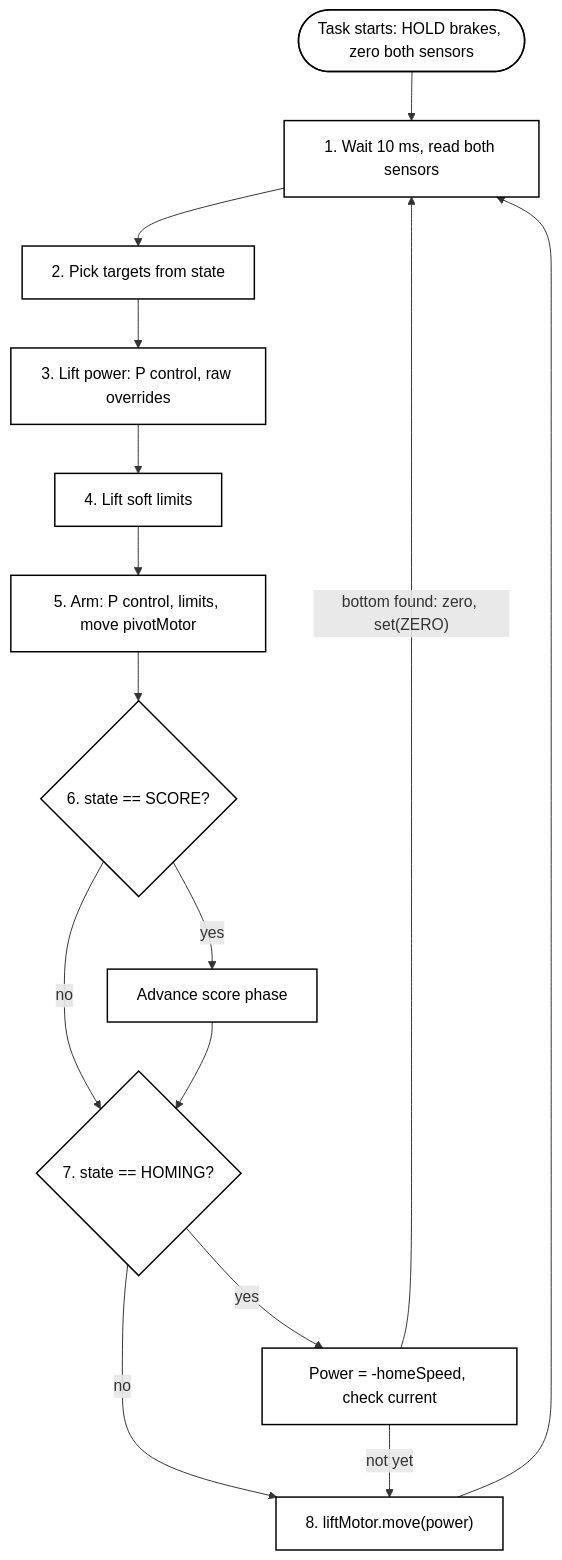
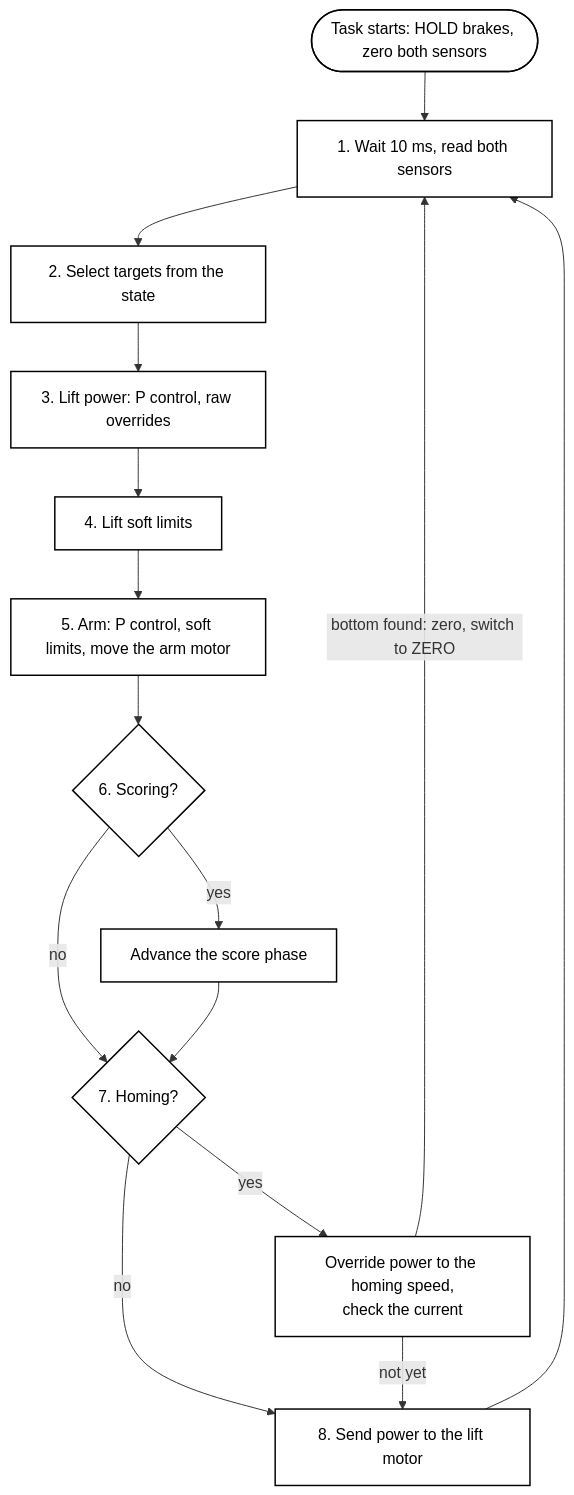
One commit to 917X/917x-2027 changed the fourth of 4 diagrams in docs/917x/Home/Robot 1/Prog - 1/Subsystems/Lift Notebook Pages.md. Above: the diagram before and after it, drawn with Mermaid. The commit also changed other lines of this file, not shown here.

````diff
--- a/docs/917x/Home/Robot 1/Prog - 1/Subsystems/Lift Notebook Pages.md
+++ b/docs/917x/Home/Robot 1/Prog - 1/Subsystems/Lift Notebook Pages.md
@@ -675,20 +652,20 @@
 ```mermaid
 flowchart TD
     I(["Task starts: HOLD brakes, zero both sensors"]) --> W
-    W["1. Wait 10 ms, read both sensors"] --> T["2. Pick targets from state"]
+    W["1. Wait 10 ms, read both sensors"] --> T["2. Select targets from the state"]
     T --> P["3. Lift power: P control, raw overrides"]
     P --> L["4. Lift soft limits"]
-    L --> A["5. Arm: P control, limits, move pivotMotor"]
-    A --> S{"6. state == SCORE?"}
-    S -->|"yes"| SP["Advance score phase"]
+    L --> A["5. Arm: P control, soft limits, move the arm motor"]
+    A --> S{"6. Scoring?"}
+    S -->|"yes"| SP["Advance the score phase"]
     S -->|"no"| H
-    SP --> H{"7. state == HOMING?"}
-    H -->|"yes"| HO["Power = -homeSpeed, check current"]
+    SP --> H{"7. Homing?"}
+    H -->|"yes"| HO["Override power to the homing speed,<br/>check the current"]
     H -->|"no"| M
-    HO -->|"bottom found: zero, set(ZERO)"| W
-    HO -->|"not yet"| M["8. liftMotor.move(power)"]
+    HO -->|"bottom found: zero, switch to ZERO"| W
+    HO -->|"not yet"| M["8. Send power to the lift motor"]
     M --> W
 
     classDef st fill:#ffffff,stroke:#000000,stroke-width:1.5px,color:#000000
     class I,W,T,P,L,A,S,SP,H,HO,M st
 ```
````
